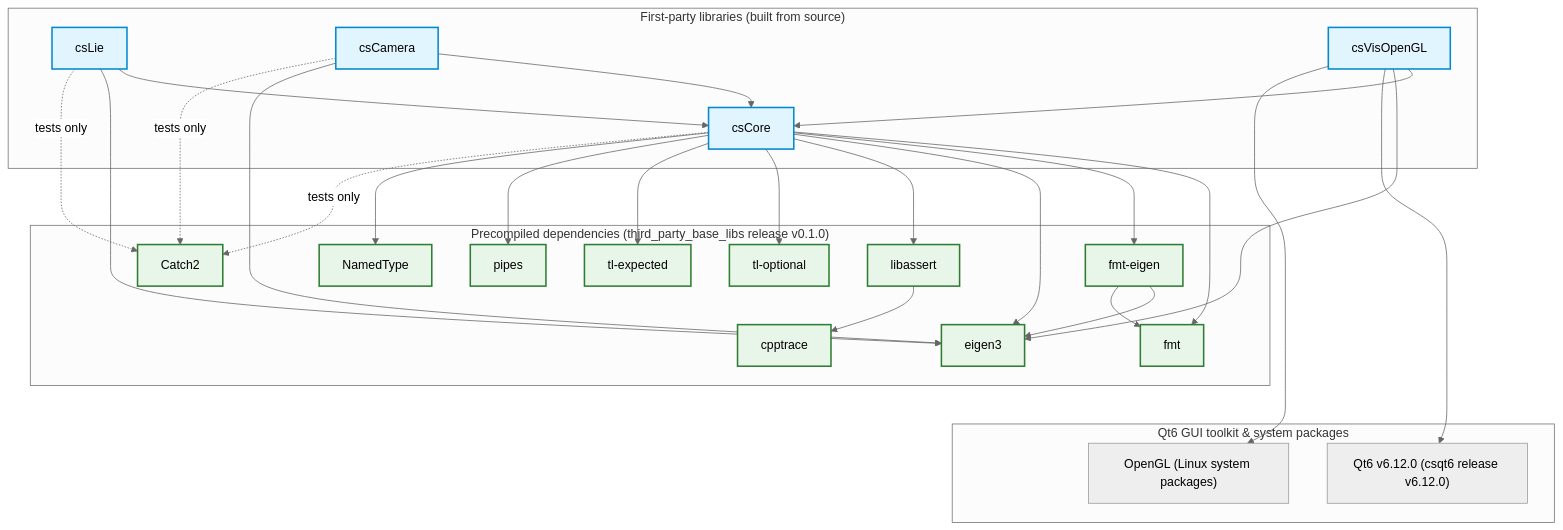
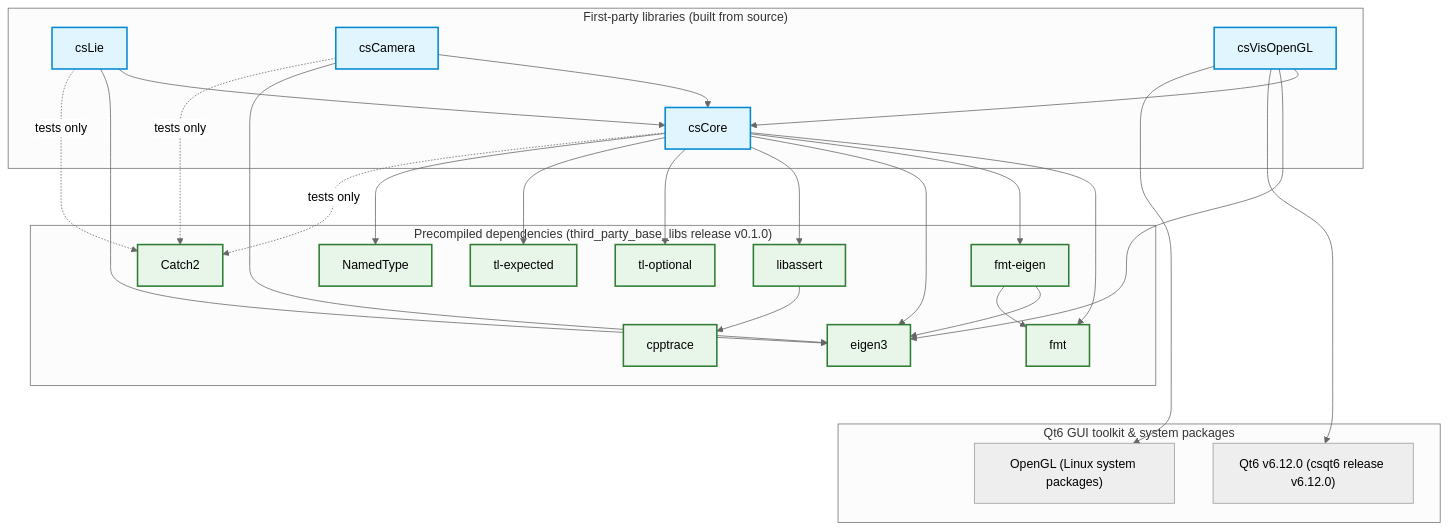
Before and after one commit to cscosine/csfoundation: the diagram in README.md, drawn with Mermaid (neutral theme). The commit also changed other lines of this file, not shown here.

Commit message:
[docs] README: pipes dropped (2026-11-16), not in the graph any more

````diff
--- a/README.md
+++ b/README.md
@@ -131,71 +130,69 @@
 ```mermaid
 %%{init: {"flowchart": {"curve": "basis"}} }%%
 graph TD
     %% Edge convention: A --> B  ⇒  "A depends on B"
     %% Solid arrow   = compile / link-time dependency
     %% Dotted arrow  = test-only dependency
 
     classDef consumer fill:#e1f5fe,stroke:#0288d1,stroke-width:2px;
     classDef leaf    fill:#e8f5e9,stroke:#2e7d32,stroke-width:2px;
 
     subgraph first_party["First-party libraries (built from source)"]
         csCore["csCore"]
         csLie["csLie"]
         csCamera["csCamera"]
         csVisOpenGL["csVisOpenGL"]
     end
 
     subgraph precompiled["Precompiled dependencies (third_party_base_libs release v0.1.0)"]
         eigen3["eigen3"]
         fmt["fmt"]
         fmt_eigen["fmt-eigen"]
         libassert["libassert"]
         cpptrace["cpptrace"]
-        pipes["pipes"]
         tl_optional["tl-optional"]
         tl_expected["tl-expected"]
         namedtype["NamedType"]
         catch2["Catch2"]
     end
 
     subgraph gui_system["Qt6 GUI toolkit & system packages"]
         qt6["Qt6 v6.12.0 (csqt6 release v6.12.0)"]
         opengl["OpenGL (Linux system packages)"]
     end
 
     csLie --> csCore
     csCamera --> csCore
     csVisOpenGL --> csCore
 
     csLie --> eigen3
     csCamera --> eigen3
     csVisOpenGL --> eigen3
 
     csVisOpenGL --> qt6
     csVisOpenGL --> opengl
 
     csCore --> fmt
     csCore --> fmt_eigen
     csCore --> eigen3
     csCore --> libassert
     csCore --> tl_optional
     csCore --> tl_expected
-    csCore --> pipes
     csCore --> namedtype
 
     csCore   -. "tests only" .-> catch2
     csLie    -. "tests only" .-> catch2
     csCamera -. "tests only" .-> catch2
 
     %% dependencies internal to the precompiled third_party_base_libs package
     %% (kept for completeness; see the third_party_base_libs README for details)
     fmt_eigen --> eigen3
     fmt_eigen --> fmt
     libassert --> cpptrace
 
     %% invisible links force each group onto its own row (strict vertical layout)
     first_party ~~~ precompiled ~~~ gui_system
 
     class csCore,csLie,csCamera,csVisOpenGL consumer;
-    class eigen3,fmt,fmt_eigen,libassert,cpptrace,catch2,namedtype,pipes,tl_optional,tl_expected leaf;
+    class eigen3,fmt,fmt_eigen,libassert,cpptrace,catch2,namedtype,tl_optional,tl_expected leaf;
 ```
````
